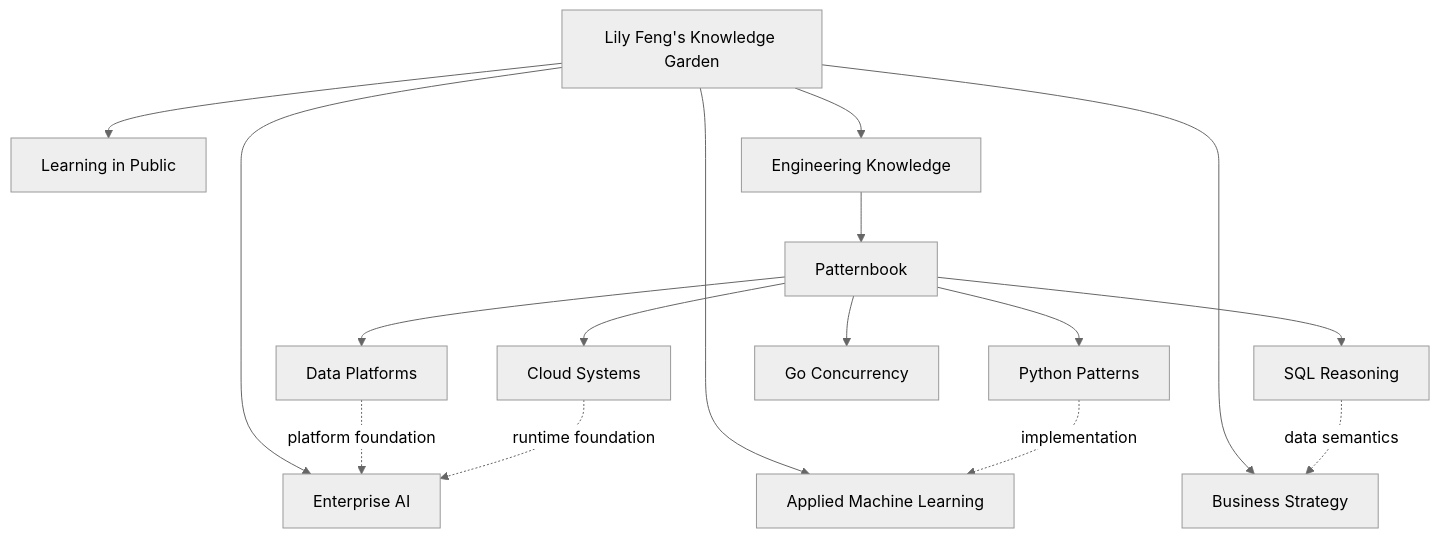
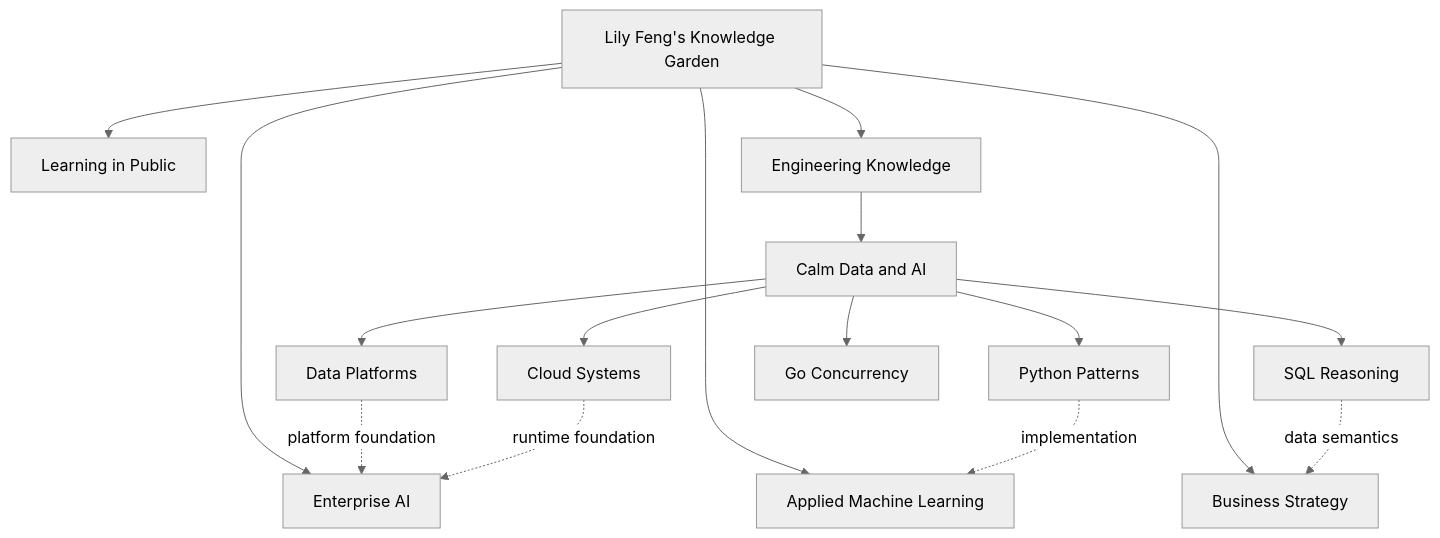
The diagram in KNOWLEDGE_GRAPH_PLAN.md (Lily-Feng/Calm.Data.and.AI), drawn with Mermaid (neutral theme) before and after one commit. The commit also changed other lines of this file and 10 other files, not shown here.

First line of the commit message:
Rebrand the site as Calm Data and AI

````diff
--- a/KNOWLEDGE_GRAPH_PLAN.md
+++ b/KNOWLEDGE_GRAPH_PLAN.md
@@ -9,20 +9,20 @@
 ```mermaid
 flowchart TD
     G[Lily Feng's Knowledge Garden] --> EA[Enterprise AI]
     G --> ML[Applied Machine Learning]
     G --> BS[Business Strategy]
     G --> LP[Learning in Public]
     G --> EK[Engineering Knowledge]
 
-    EK --> P[Patternbook]
+    EK --> P[Calm Data and AI]
     P --> C[Cloud Systems]
     P --> D[Data Platforms]
     P --> PY[Python Patterns]
     P --> SQL[SQL Reasoning]
     P --> GO[Go Concurrency]
 
     D -. platform foundation .-> EA
     C -. runtime foundation .-> EA
     PY -. implementation .-> ML
     SQL -. data semantics .-> BS
 ```
````
